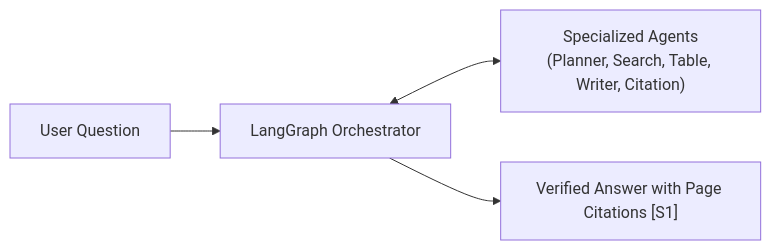
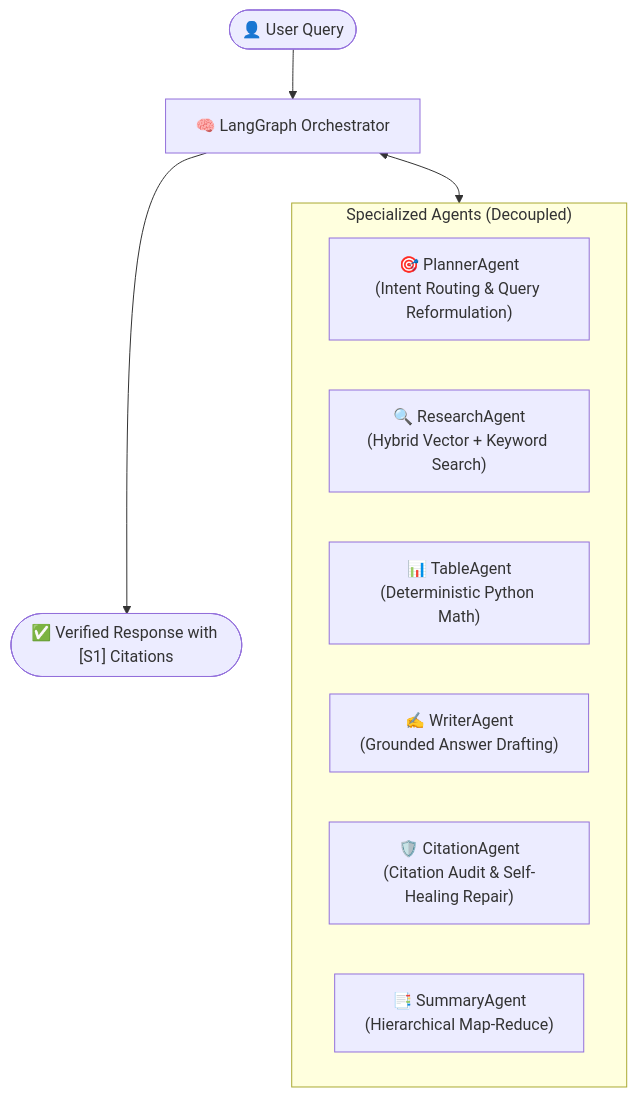
The first of 4 diagrams in architecture_plan.md (kartikkukde03/NexusRAG-Supervised-Multi-Agent-RAG-Platform-), drawn with Mermaid before and after one commit. The commit also changed other lines of this file, not shown here.

Commit message:
docs: align architecture plan with functional system, orchestration, and memory sharing

````diff
--- a/architecture_plan.md
+++ b/architecture_plan.md
@@ -11,6 +24,16 @@
 ```mermaid
-flowchart LR
-    User["User Question"] --> Orchestrator["LangGraph Orchestrator"]
-    Orchestrator <--> Agents["Specialized Agents\n(Planner, Search, Table, Writer, Citation)"]
-    Orchestrator --> Output["Verified Answer with Page Citations [S1]"]
+flowchart TD
+    User(["👤 User Query"]) --> Orchestrator["🧠 LangGraph Orchestrator"]
+
+    subgraph Agents ["Specialized Agents (Decoupled)"]
+        Planner["🎯 PlannerAgent\n(Intent Routing & Query Reformulation)"]
+        Research["🔍 ResearchAgent\n(Hybrid Vector + Keyword Search)"]
+        Table["📊 TableAgent\n(Deterministic Python Math)"]
+        Writer["✍️ WriterAgent\n(Grounded Answer Drafting)"]
+        Citation["🛡️ CitationAgent\n(Citation Audit & Self-Healing Repair)"]
+        Summary["📑 SummaryAgent\n(Hierarchical Map-Reduce)"]
+    end
+
+    Orchestrator <--> Agents
+    Orchestrator --> Output(["✅ Verified Response with [S1] Citations"])
 ```
````
